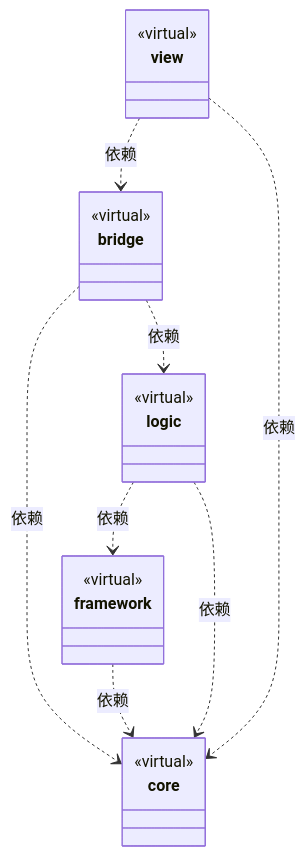
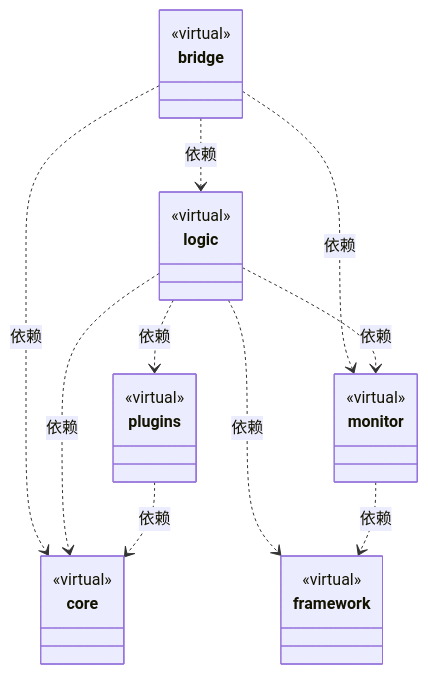
The first of 2 diagrams in src/ARCHITECTURE.md (nan023062/cbim), drawn with Mermaid before and after one commit. The commit also changed other lines of this file and 480 other files, not shown here.

````diff
--- a/src/ARCHITECTURE.md
+++ b/src/ARCHITECTURE.md
@@ -29,30 +31,36 @@
 ```mermaid
 classDiagram
+class N_8ad7653761f5["logic"] {
+  <<virtual>>
+}
+click N_8ad7653761f5 href "logic/ARCHITECTURE.md"
+class N_22a9dc163407["bridge"] {
+  <<virtual>>
+}
+click N_22a9dc163407 href "bridge/ARCHITECTURE.md"
 class N_2ac6ecef0e06["core"] {
   <<virtual>>
 }
 click N_2ac6ecef0e06 href "core/ARCHITECTURE.md"
-class N_22a9dc163407["bridge"] {
-  <<virtual>>
-}
-click N_22a9dc163407 href "bridge/ARCHITECTURE.md"
 class N_2a213dc873da["framework"] {
   <<virtual>>
 }
 click N_2a213dc873da href "framework/ARCHITECTURE.md"
-class N_8ad7653761f5["logic"] {
+class N_1efd411ed272["monitor"] {
   <<virtual>>
 }
-click N_8ad7653761f5 href "logic/ARCHITECTURE.md"
-class N_eae847246398["view"] {
+click N_1efd411ed272 href "monitor/ARCHITECTURE.md"
+class N_9ea79ac20c37["plugins"] {
   <<virtual>>
 }
-click N_eae847246398 href "view/ARCHITECTURE.md"
+click N_9ea79ac20c37 href "plugins/ARCHITECTURE.md"
 N_22a9dc163407 ..> N_2ac6ecef0e06 : 依赖
 N_22a9dc163407 ..> N_8ad7653761f5 : 依赖
-N_2a213dc873da ..> N_2ac6ecef0e06 : 依赖
+N_22a9dc163407 ..> N_1efd411ed272 : 依赖
 N_8ad7653761f5 ..> N_2ac6ecef0e06 : 依赖
 N_8ad7653761f5 ..> N_2a213dc873da : 依赖
-N_eae847246398 ..> N_22a9dc163407 : 依赖
-N_eae847246398 ..> N_2ac6ecef0e06 : 依赖
+N_8ad7653761f5 ..> N_1efd411ed272 : 依赖
+N_8ad7653761f5 ..> N_9ea79ac20c37 : 依赖
+N_1efd411ed272 ..> N_2a213dc873da : 依赖
+N_9ea79ac20c37 ..> N_2ac6ecef0e06 : 依赖
 ```
````
